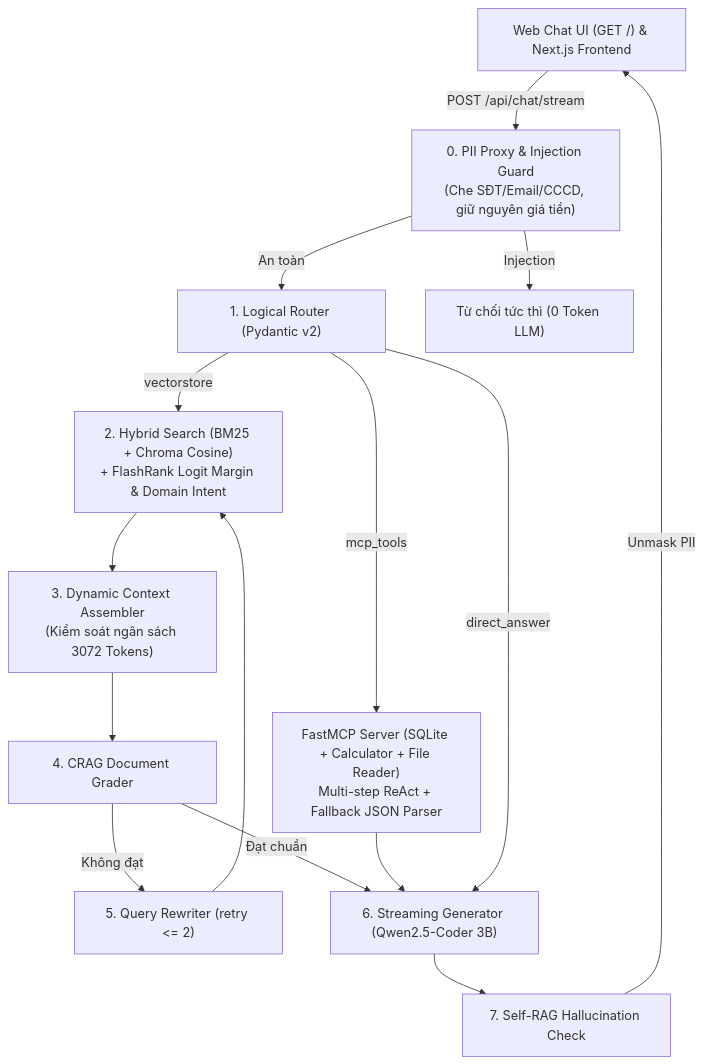
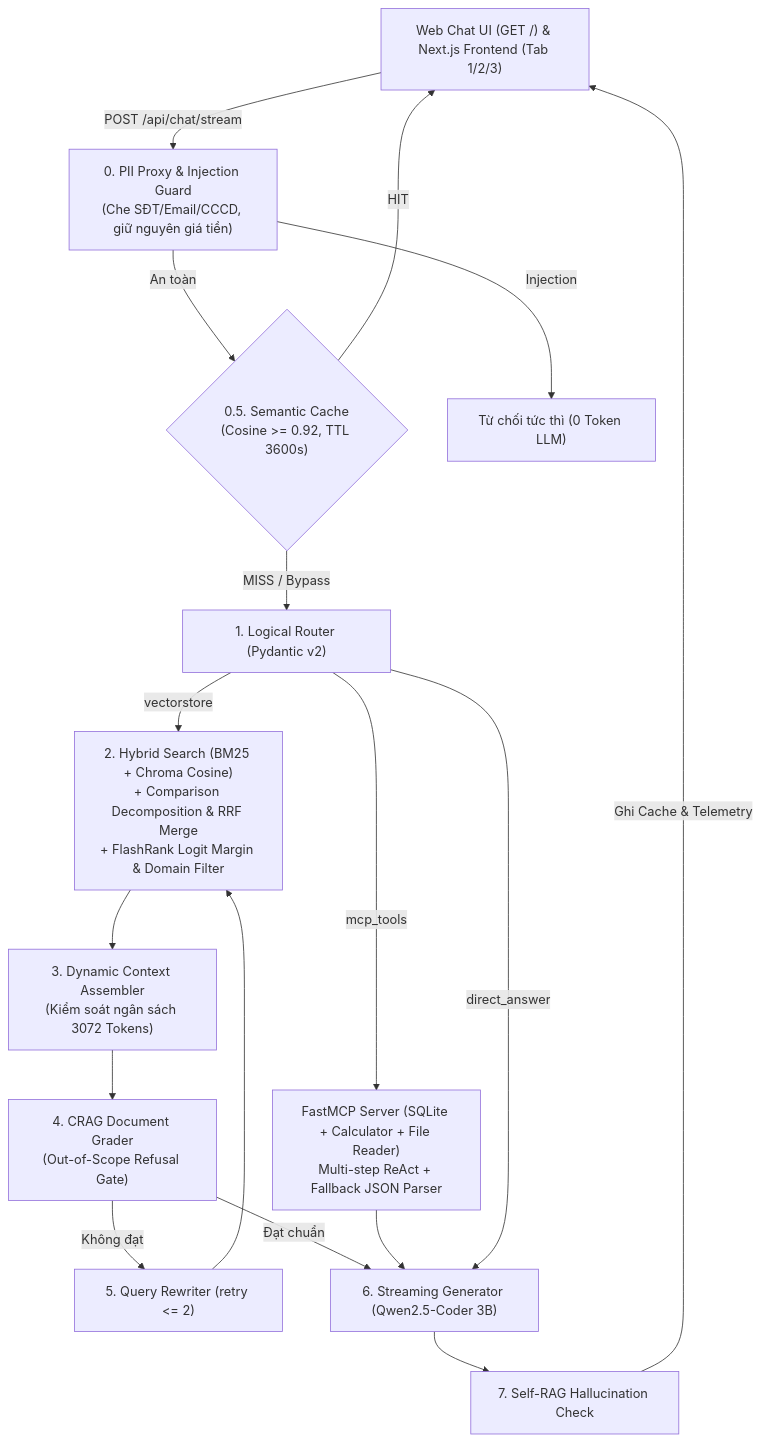
The diagram in README.md (phidanghai-spec/local-agentic-rag), drawn with Mermaid before and after one commit. The commit also changed other lines of this file and 35 other files, not shown here.

Commit message:
feat(v2.0.0): semantic cache, comparison RRF, OOS refusal gate, telemetry, idempotent ERP, dynamic ingestion, Next.js frontend & Docker

````diff
--- a/README.md
+++ b/README.md
@@ -13,20 +13,22 @@
 ```mermaid
 flowchart TD
-    CLIENT["Web Chat UI (GET /) & Next.js Frontend"] -->|POST /api/chat/stream| PII["0. PII Proxy & Injection Guard<br>(Che SĐT/Email/CCCD, giữ nguyên giá tiền)"]
-    PII -->|An toàn| ROUTER["1. Logical Router (Pydantic v2)"]
+    CLIENT["Web Chat UI (GET /) & Next.js Frontend (Tab 1/2/3)"] -->|POST /api/chat/stream| PII["0. PII Proxy & Injection Guard<br>(Che SĐT/Email/CCCD, giữ nguyên giá tiền)"]
+    PII -->|An toàn| CACHE{"0.5. Semantic Cache<br>(Cosine >= 0.92, TTL 3600s)"}
+    CACHE -->|HIT| CLIENT
+    CACHE -->|MISS / Bypass| ROUTER["1. Logical Router (Pydantic v2)"]
     PII -->|Injection| BLOCK["Từ chối tức thì (0 Token LLM)"]
 
-    ROUTER -->|vectorstore| RETRIEVE["2. Hybrid Search (BM25 + Chroma Cosine)<br>+ FlashRank Logit Margin & Domain Intent"]
+    ROUTER -->|vectorstore| RETRIEVE["2. Hybrid Search (BM25 + Chroma Cosine)<br>+ Comparison Decomposition & RRF Merge<br>+ FlashRank Logit Margin & Domain Filter"]
     RETRIEVE --> ASSEMBLER["3. Dynamic Context Assembler<br>(Kiểm soát ngân sách 3072 Tokens)"]
-    ASSEMBLER --> CRAG["4. CRAG Document Grader"]
+    ASSEMBLER --> CRAG["4. CRAG Document Grader<br>(Out-of-Scope Refusal Gate)"]
     CRAG -->|Không đạt| REWRITE["5. Query Rewriter (retry <= 2)"]
     REWRITE --> RETRIEVE
     CRAG -->|Đạt chuẩn| GEN["6. Streaming Generator (Qwen2.5-Coder 3B)"]
 
     ROUTER -->|mcp_tools| MCP["FastMCP Server (SQLite + Calculator + File Reader)<br>Multi-step ReAct + Fallback JSON Parser"]
     MCP --> GEN
     ROUTER -->|direct_answer| GEN
 
     GEN --> SELF["7. Self-RAG Hallucination Check"]
-    SELF -->|Unmask PII| CLIENT
+    SELF -->|Ghi Cache & Telemetry| CLIENT
 ```
````
